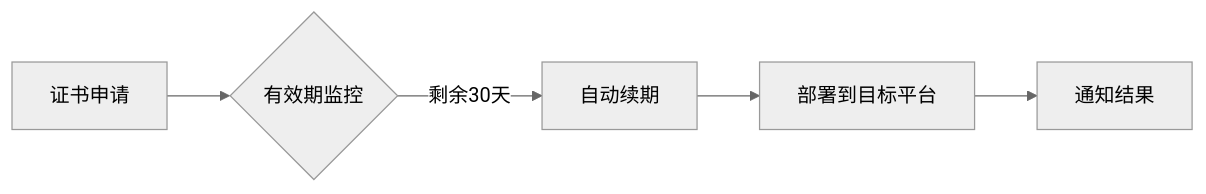
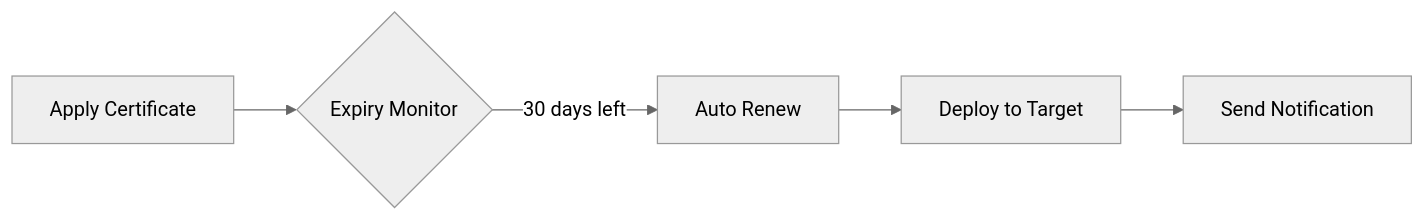
One commit to allinssl/allinssl changed the first of 2 diagrams in README.md. Above: the diagram before and after it, drawn with Mermaid (neutral theme). The commit also changed other lines of this file and 2 other files, not shown here.

````diff
--- a/README.md
+++ b/README.md
@@ -106,7 +107,7 @@
 ```mermaid
 graph LR
-A[证书申请] --> B{有效期监控}
-B -->|剩余30天| C[自动续期]
-C --> D[部署到目标平台]
-D --> E[通知结果]
+A[Apply Certificate] --> B{Expiry Monitor}
+B -->|30 days left| C[Auto Renew]
+C --> D[Deploy to Target]
+D --> E[Send Notification]
 ```
````
